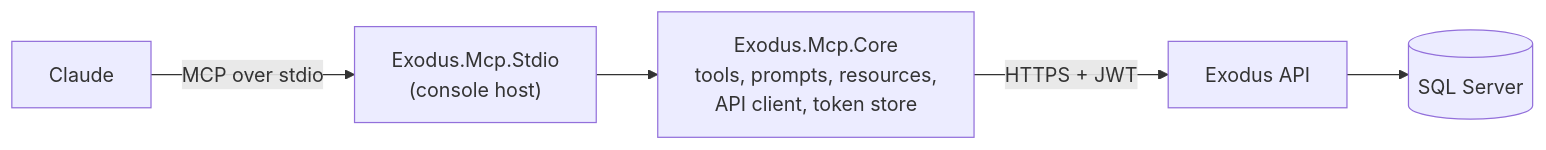
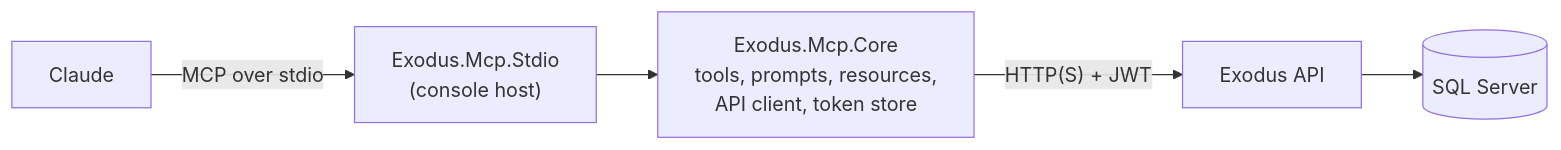
One commit to oytunemre/exodus-mcp changed the diagram in README.md. Above: the diagram before and after it, drawn with Mermaid. The commit also changed other lines of this file, not shown here.

First line of the commit message:
docs(readme): HTTP(S) label, auth rate-limit note and Claude Desktop PATH hint

````diff
--- a/README.md
+++ b/README.md
@@ -11,7 +11,7 @@
 ```mermaid
 flowchart LR
     C[Claude] -- "MCP over stdio" --> M["Exodus.Mcp.Stdio<br/>(console host)"]
     M --> K["Exodus.Mcp.Core<br/>tools, prompts, resources,<br/>API client, token store"]
-    K -- "HTTPS + JWT" --> A[Exodus API]
+    K -- "HTTP(S) + JWT" --> A[Exodus API]
     A --> S[(SQL Server)]
 ```
````
